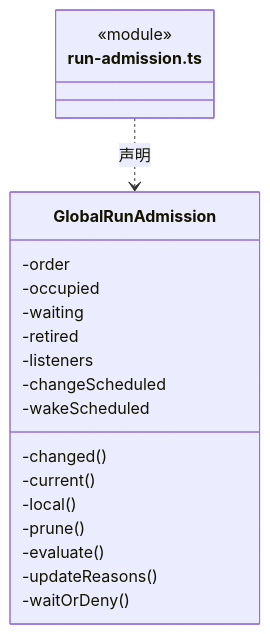
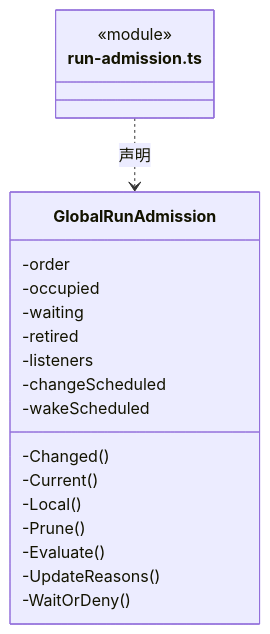
The fourth of 5 diagrams in src/logic/execution/admission/ARCHITECTURE.md (nan023062/cbim), drawn with Mermaid before and after one commit. The commit also changed other lines of this file and 1035 other files, not shown here.

````diff
--- a/src/logic/execution/admission/ARCHITECTURE.md
+++ b/src/logic/execution/admission/ARCHITECTURE.md
@@ -117,23 +117,23 @@
 ```mermaid
 classDiagram
 class N_src_logic_execution_admission_run_admission_ts["run-admission.ts"] {
   <<module>>
 }
 class N_src_logic_execution_admission_run_admission_ts_GlobalRunAdmission["GlobalRunAdmission"] {
   -order
   -occupied
   -waiting
   -retired
   -listeners
   -changeScheduled
   -wakeScheduled
-  -changed()
-  -current()
-  -local()
-  -prune()
-  -evaluate()
-  -updateReasons()
-  -waitOrDeny()
+  -Changed()
+  -Current()
+  -Local()
+  -Prune()
+  -Evaluate()
+  -UpdateReasons()
+  -WaitOrDeny()
 }
 N_src_logic_execution_admission_run_admission_ts ..> N_src_logic_execution_admission_run_admission_ts_GlobalRunAdmission : 声明
 ```
````
